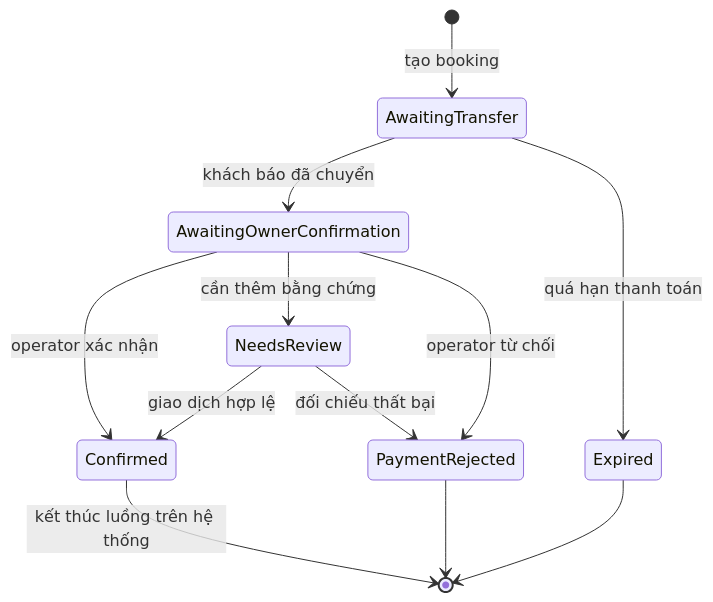
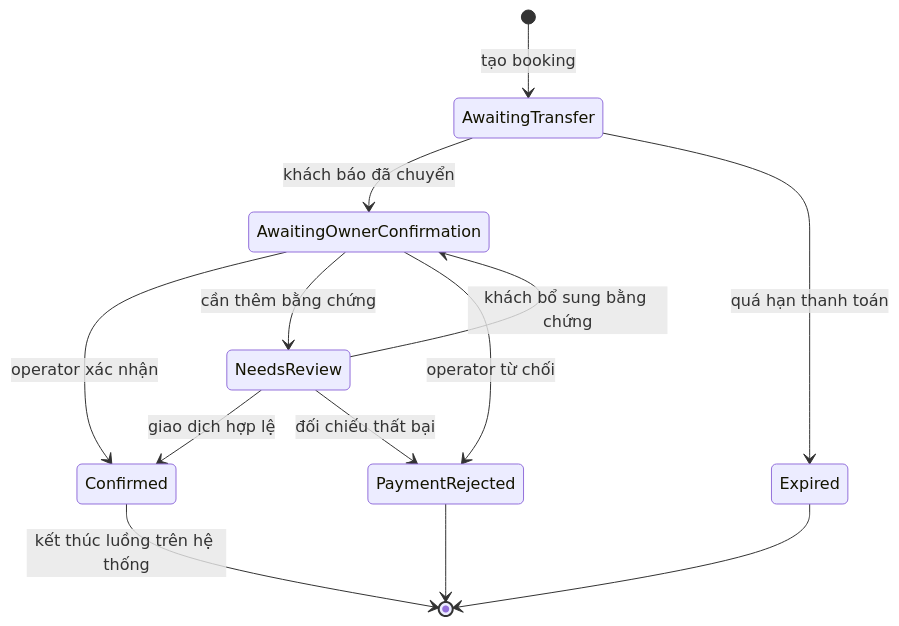
One commit to nguyendingluong20225878/ShuttleBook changed the first of 12 diagrams in docs/02-states-and-sequences.md. Above: the diagram before and after it, drawn with Mermaid. The commit also changed other lines of this file and 111 other files, not shown here.

````diff
--- a/docs/02-states-and-sequences.md
+++ b/docs/02-states-and-sequences.md
@@ -7,14 +7,15 @@
 ```mermaid
 stateDiagram-v2
     [*] --> AwaitingTransfer: tạo booking
     AwaitingTransfer --> AwaitingOwnerConfirmation: khách báo đã chuyển
     AwaitingTransfer --> Expired: quá hạn thanh toán
     AwaitingOwnerConfirmation --> Confirmed: operator xác nhận
     AwaitingOwnerConfirmation --> NeedsReview: cần thêm bằng chứng
+    NeedsReview --> AwaitingOwnerConfirmation: khách bổ sung bằng chứng
     AwaitingOwnerConfirmation --> PaymentRejected: operator từ chối
     NeedsReview --> Confirmed: giao dịch hợp lệ
     NeedsReview --> PaymentRejected: đối chiếu thất bại
     Confirmed --> [*]: kết thúc luồng trên hệ thống
     Expired --> [*]
     PaymentRejected --> [*]
 ```
````
